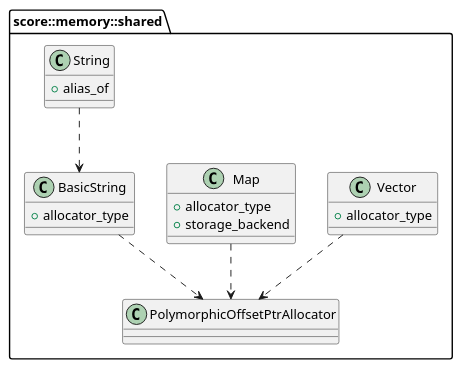
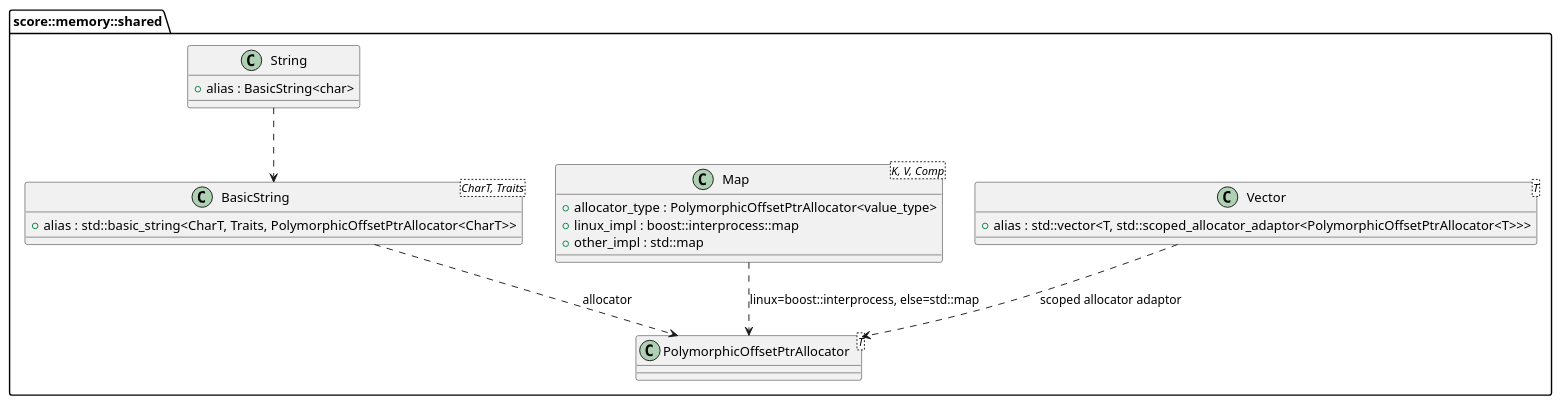
Before and after one commit to eclipse-score/communication: the diagram in score/memory/dependability/software_unit_design/containers_static.puml, drawn with PlantUML. The commit also changed 9 other files, not shown here.

First line of the commit message:
Refine memory unit design class diagrams

```diff
--- a/score/memory/dependability/software_unit_design/containers_static.puml
+++ b/score/memory/dependability/software_unit_design/containers_static.puml
@@ -14,29 +14,32 @@
 @startuml
 
 namespace score::memory::shared {
-    class PolymorphicOffsetPtrAllocator
 
-    class Vector {
-        +allocator_type
-    }
+class "PolymorphicOffsetPtrAllocator<T>" as PolymorphicOffsetPtrAllocator
 
-    class Map {
-        +allocator_type
-        +storage_backend
-    }
+class "Vector<T>" as Vector {
+  +alias : std::vector<T, std::scoped_allocator_adaptor<PolymorphicOffsetPtrAllocator<T>>>
+}
 
-    class BasicString {
-        +allocator_type
-    }
+class "Map<K, V, Comp>" as Map {
+  +allocator_type : PolymorphicOffsetPtrAllocator<value_type>
+  +linux_impl : boost::interprocess::map
+  +other_impl : std::map
+}
 
-    class String {
-        +alias_of
-    }
+class "BasicString<CharT, Traits>" as BasicString {
+  +alias : std::basic_string<CharT, Traits, PolymorphicOffsetPtrAllocator<CharT>>
+}
 
-    Vector ..> PolymorphicOffsetPtrAllocator
-    Map ..> PolymorphicOffsetPtrAllocator
-    BasicString ..> PolymorphicOffsetPtrAllocator
-    String ..> BasicString
+class String {
+  +alias : BasicString<char>
+}
+
+Vector ..> PolymorphicOffsetPtrAllocator : scoped allocator adaptor
+Map ..> PolymorphicOffsetPtrAllocator : linux=boost::interprocess, else=std::map
+BasicString ..> PolymorphicOffsetPtrAllocator : allocator
+String ..> BasicString
+
 }
 
 @enduml
```
